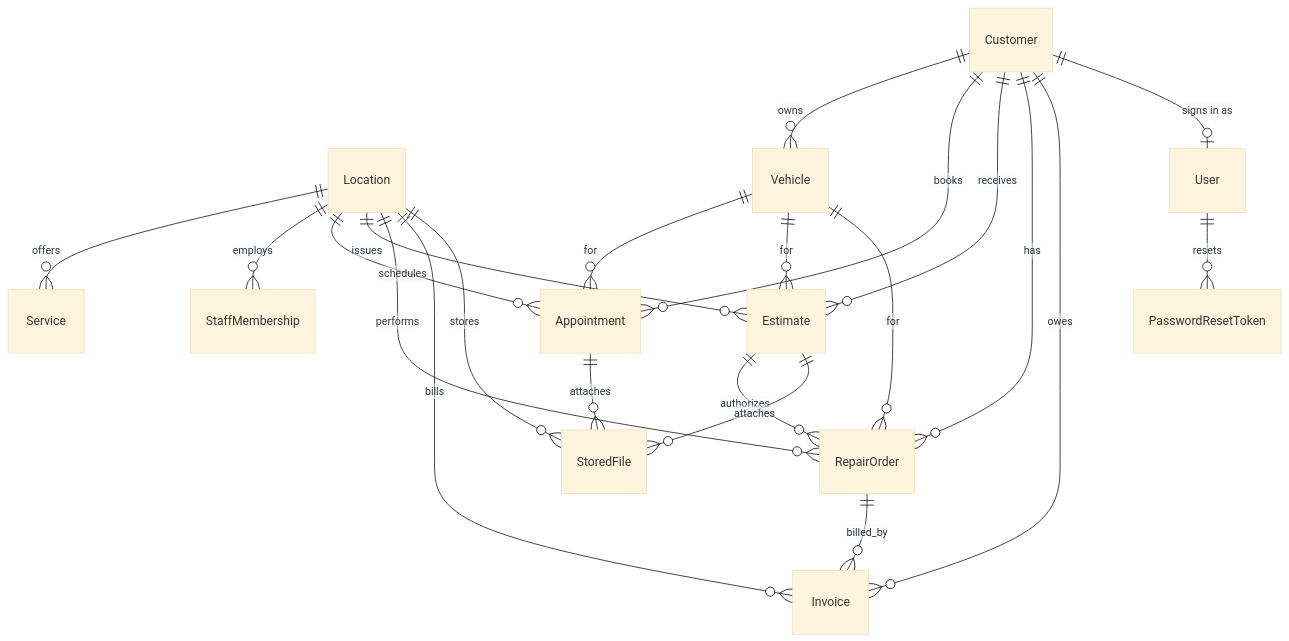
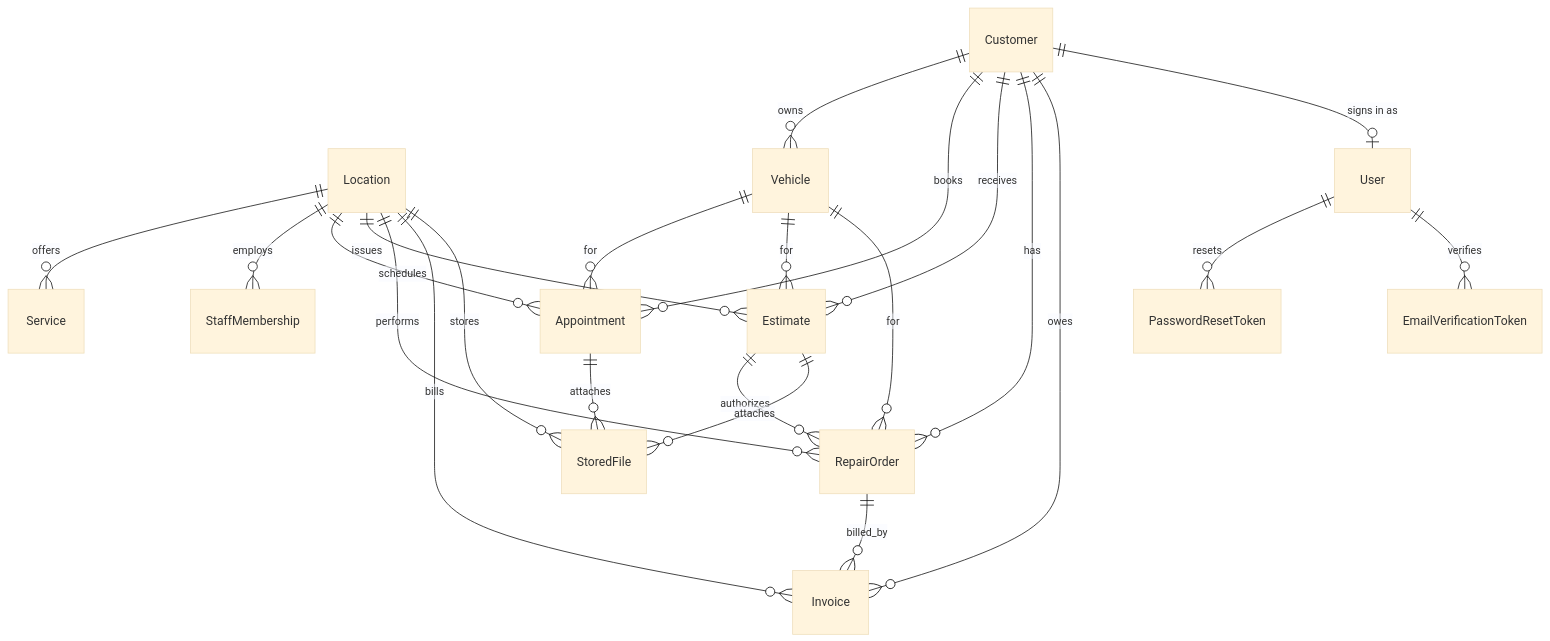
The fifth of 10 diagrams in docs/systems-engineering/03-system-architecture-design.md (Srideep/Berlin-Auto-Works), drawn with Mermaid (base theme) before and after one commit. The commit also changed other lines of this file and 18 other files, not shown here.

First line of the commit message:
Require email verification before linking records or staff access.

````diff
--- a/docs/systems-engineering/03-system-architecture-design.md
+++ b/docs/systems-engineering/03-system-architecture-design.md
@@ -233,24 +233,25 @@
 ```mermaid
 erDiagram
   Location ||--o{ Service : offers
   Location ||--o{ StaffMembership : employs
   Location ||--o{ Appointment : schedules
   Location ||--o{ Estimate : issues
   Location ||--o{ RepairOrder : performs
   Location ||--o{ Invoice : bills
   Location ||--o{ StoredFile : stores
   Customer ||--o{ Vehicle : owns
   Customer ||--o{ Appointment : books
   Customer ||--o{ Estimate : receives
   Customer ||--o{ RepairOrder : has
   Customer ||--o{ Invoice : owes
   Customer ||--o| User : "signs in as"
   Vehicle ||--o{ Appointment : for
   Vehicle ||--o{ Estimate : for
   Vehicle ||--o{ RepairOrder : for
   Estimate ||--o{ RepairOrder : authorizes
   RepairOrder ||--o{ Invoice : billed_by
   Appointment ||--o{ StoredFile : attaches
   Estimate ||--o{ StoredFile : attaches
   User ||--o{ PasswordResetToken : resets
+  User ||--o{ EmailVerificationToken : verifies
 ```
````
